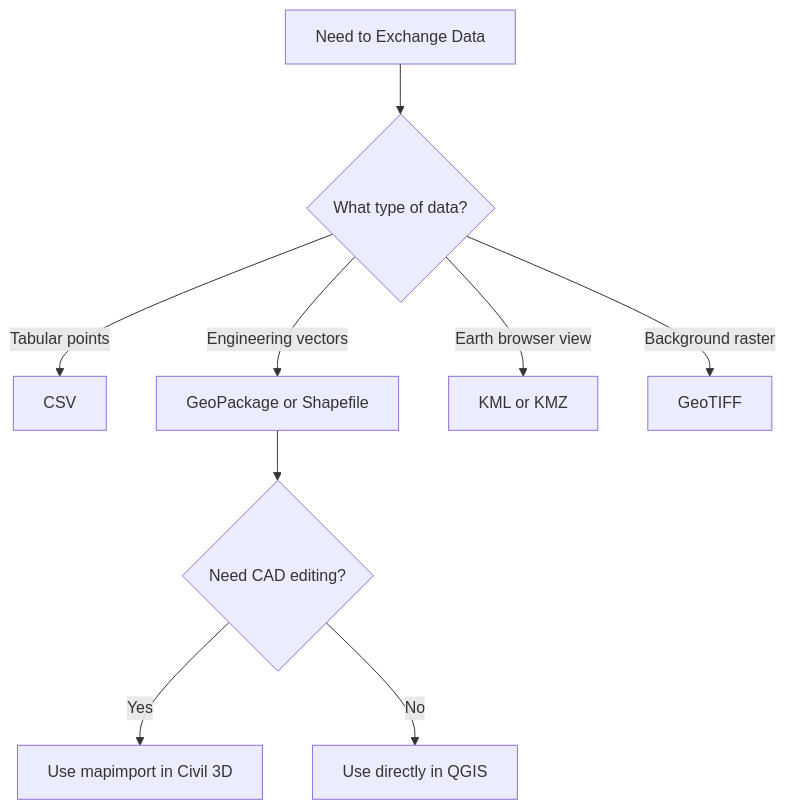
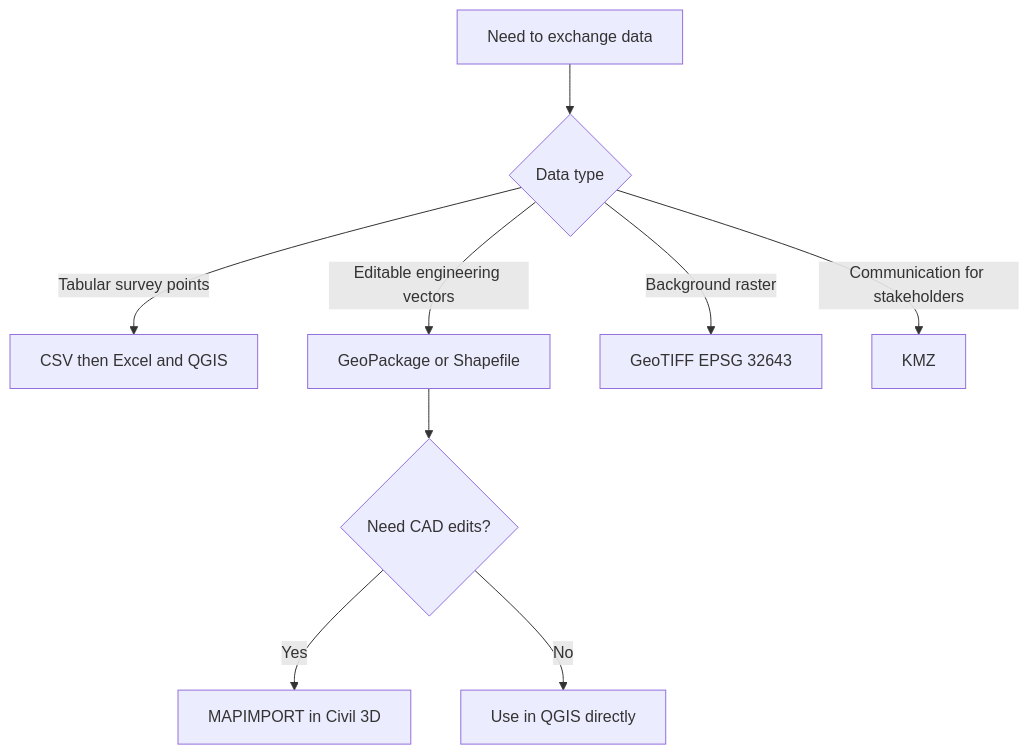
One commit to PrathamGitHub/Geo-CAD-Practical-Reference changed the second of 4 diagrams in docs/interoperability-workflow.md. Above: the diagram before and after it, drawn with Mermaid. The commit also changed other lines of this file and 1 other file, not shown here.

Commit message:
Enhance interoperability and practical execution guides with detailed workflows and updated content for better data handling and collaboration across tools.

````diff
--- a/docs/interoperability-workflow.md
+++ b/docs/interoperability-workflow.md
@@ -47,11 +56,12 @@
 ```mermaid
 flowchart TD
-    A[Need to Exchange Data] --> B{What type of data?}
-    B -->|Tabular points| C[CSV]
-    B -->|Engineering vectors| D[GeoPackage or Shapefile]
-    B -->|Earth browser view| E[KML or KMZ]
-    B -->|Background raster| F[GeoTIFF]
-    D --> G{Need CAD editing?}
-    G -->|Yes| H[Use mapimport in Civil 3D]
-    G -->|No| I[Use directly in QGIS]
+    A[Need to exchange data] --> B{Data type}
+    B -->|Tabular survey points| C[CSV then Excel and QGIS]
+    B -->|Editable engineering vectors| D[GeoPackage or Shapefile]
+    B -->|Background raster| E[GeoTIFF EPSG 32643]
+    B -->|Communication for stakeholders| F[KMZ]
+
+    D --> G{Need CAD edits?}
+    G -->|Yes| H[MAPIMPORT in Civil 3D]
+    G -->|No| I[Use in QGIS directly]
 ```
````
